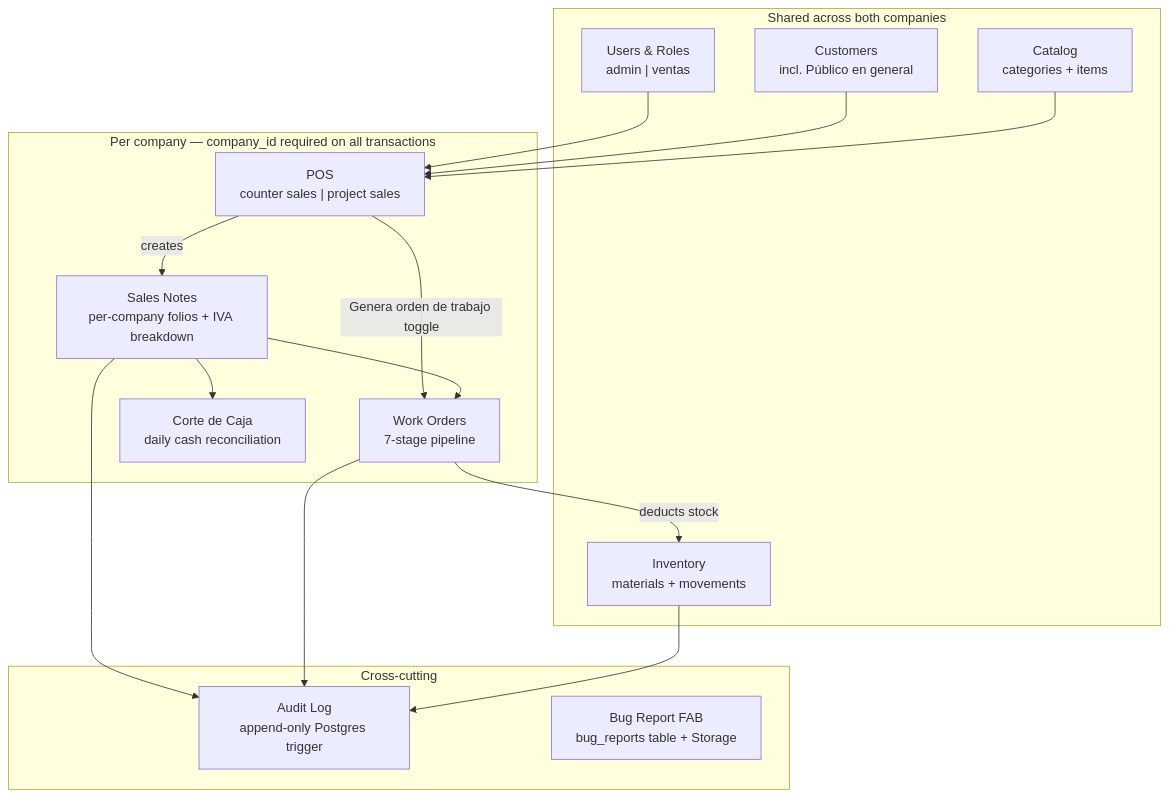
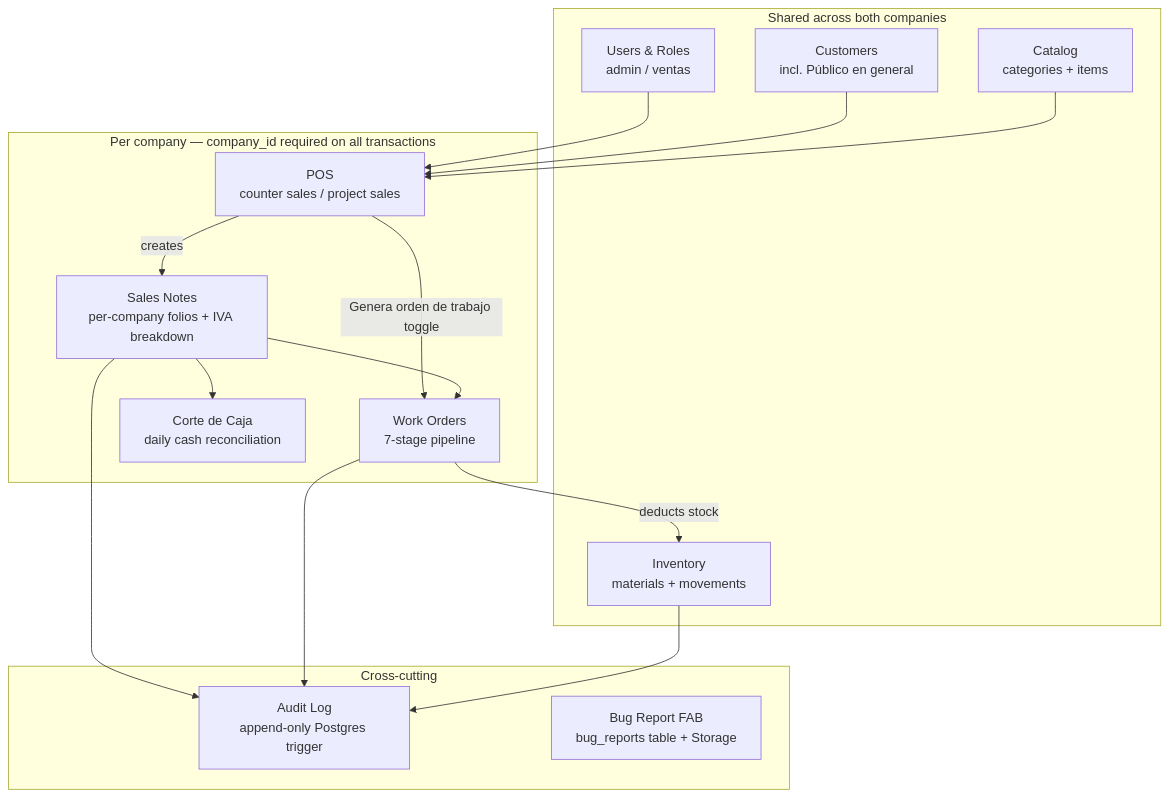
The first of 5 diagrams in docs/architecture.md (pedro412/prosesa-os), drawn with Mermaid before and after one commit. The commit also changed other lines of this file, not shown here.

Commit message:
add architecture preview

````diff
--- a/docs/architecture.md
+++ b/docs/architecture.md
@@ -9,33 +9,33 @@
 ```mermaid
 graph TB
     subgraph shared["Shared across both companies"]
-        users["Users & Roles\nadmin | ventas"]
+        users["Users & Roles\nadmin / ventas"]
         customers["Customers\nincl. Público en general"]
         catalog["Catalog\ncategories + items"]
         inventory["Inventory\nmaterials + movements"]
     end
 
     subgraph perco["Per company — company_id required on all transactions"]
-        pos["POS\ncounter sales | project sales"]
+        pos["POS\ncounter sales / project sales"]
         notes["Sales Notes\nper-company folios + IVA breakdown"]
         orders["Work Orders\n7-stage pipeline"]
         caja["Corte de Caja\ndaily cash reconciliation"]
     end
 
     subgraph cross["Cross-cutting"]
         audit["Audit Log\nappend-only Postgres trigger"]
         bugs["Bug Report FAB\nbug_reports table + Storage"]
     end
 
     users --> pos
     customers --> pos
     catalog --> pos
     pos -->|creates| notes
     pos -->|"Genera orden de trabajo toggle"| orders
     notes --> orders
     orders -->|deducts stock| inventory
     notes --> caja
     notes --> audit
     orders --> audit
     inventory --> audit
 ```
````
